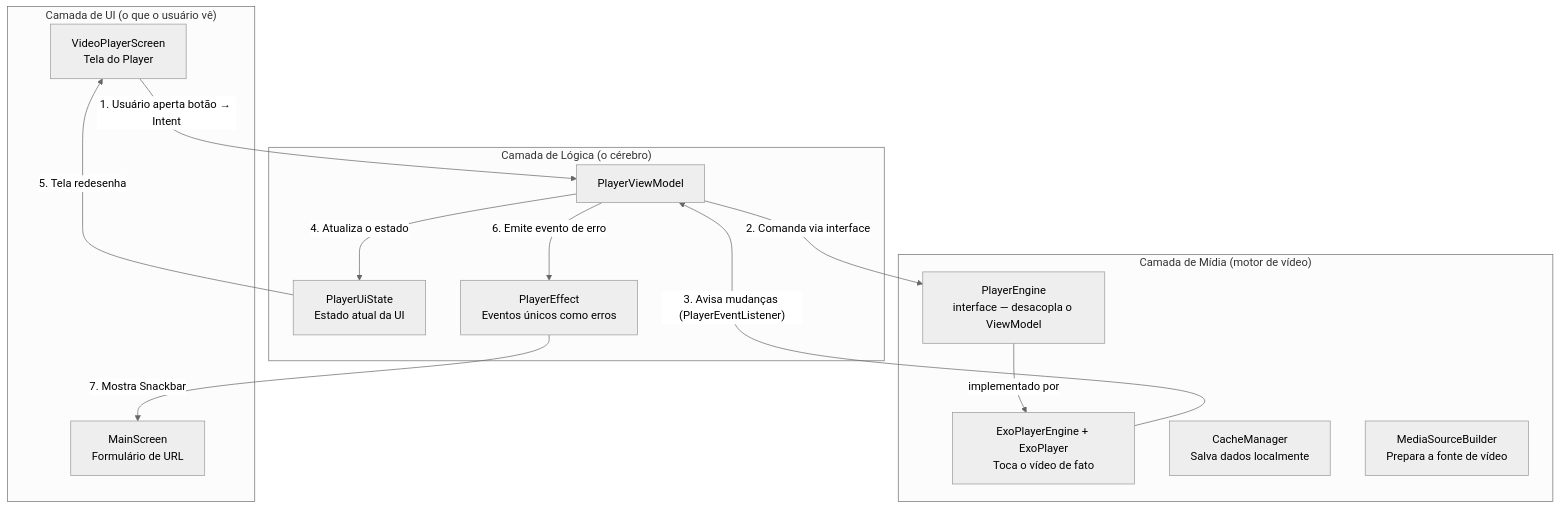
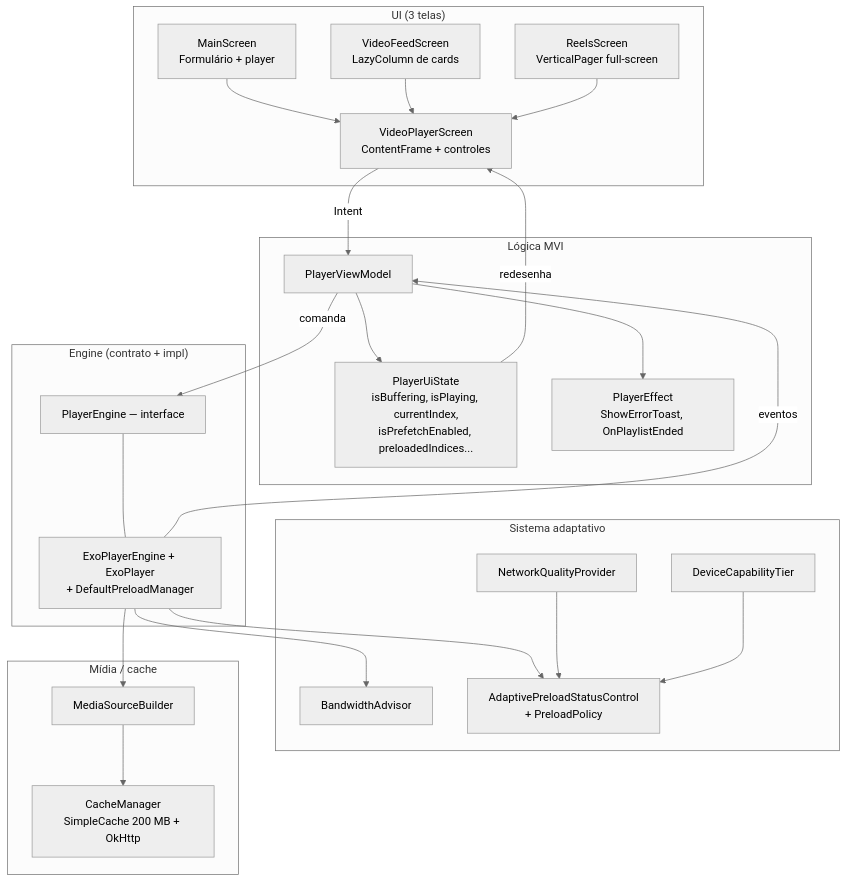
The diagram in README.md (welton-carvalho/player-lab), drawn with Mermaid (neutral theme) before and after one commit. The commit also changed other lines of this file and 19 other files, not shown here.

````diff
--- a/README.md
+++ b/README.md
@@ -209,29 +184,50 @@
 ```mermaid
 graph TD
-    subgraph "Camada de UI (o que o usuário vê)"
-        VPS[VideoPlayerScreen<br/>Tela do Player]
-        MS[MainScreen<br/>Formulário de URL]
+    subgraph "UI (3 telas)"
+        MS[MainScreen<br/>Formulário + player]
+        FS[VideoFeedScreen<br/>LazyColumn de cards]
+        RS[ReelsScreen<br/>VerticalPager full-screen]
+        VPS[VideoPlayerScreen<br/>ContentFrame + controles]
     end
 
-    subgraph "Camada de Lógica (o cérebro)"
+    subgraph "Lógica MVI"
         VM[PlayerViewModel]
-        State[PlayerUiState<br/>Estado atual da UI]
-        Effects[PlayerEffect<br/>Eventos únicos como erros]
+        State[PlayerUiState<br/>isBuffering, isPlaying, currentIndex,<br/>isPrefetchEnabled, preloadedIndices...]
+        Effects[PlayerEffect<br/>ShowErrorToast, OnPlaylistEnded]
     end
 
-    subgraph "Camada de Mídia (motor de vídeo)"
-        ENG[PlayerEngine<br/>interface — desacopla o ViewModel]
-        EP[ExoPlayerEngine + ExoPlayer<br/>Toca o vídeo de fato]
-        CM[CacheManager<br/>Salva dados localmente]
-        MSB[MediaSourceBuilder<br/>Prepara a fonte de vídeo]
+    subgraph "Engine (contrato + impl)"
+        ENG[PlayerEngine — interface]
+        EP[ExoPlayerEngine + ExoPlayer<br/>+ DefaultPreloadManager]
     end
 
-    VPS -- "1. Usuário aperta botão → Intent" --> VM
-    VM -- "2. Comanda via interface" --> ENG
-    ENG -- "implementado por" --> EP
-    EP -- "3. Avisa mudanças (PlayerEventListener)" --> VM
-    VM -- "4. Atualiza o estado" --> State
-    State -- "5. Tela redesenha" --> VPS
-    VM -- "6. Emite evento de erro" --> Effects
-    Effects -- "7. Mostra Snackbar" --> MS
+    subgraph "Sistema adaptativo"
+        NQP[NetworkQualityProvider]
+        DCT[DeviceCapabilityTier]
+        BA[BandwidthAdvisor]
+        APS[AdaptivePreloadStatusControl<br/>+ PreloadPolicy]
+    end
+
+    subgraph "Mídia / cache"
+        MSB[MediaSourceBuilder]
+        CM[CacheManager<br/>SimpleCache 200 MB + OkHttp]
+    end
+
+    MS --> VPS
+    FS --> VPS
+    RS --> VPS
+    VPS -- "Intent" --> VM
+    VM -- "comanda" --> ENG
+    ENG --- EP
+    EP -- "eventos" --> VM
+    VM --> State
+    VM --> Effects
+    State -- "redesenha" --> VPS
+
+    EP --> APS
+    EP --> BA
+    NQP --> APS
+    DCT --> APS
+    EP --> MSB
+    MSB --> CM
 ```
````
